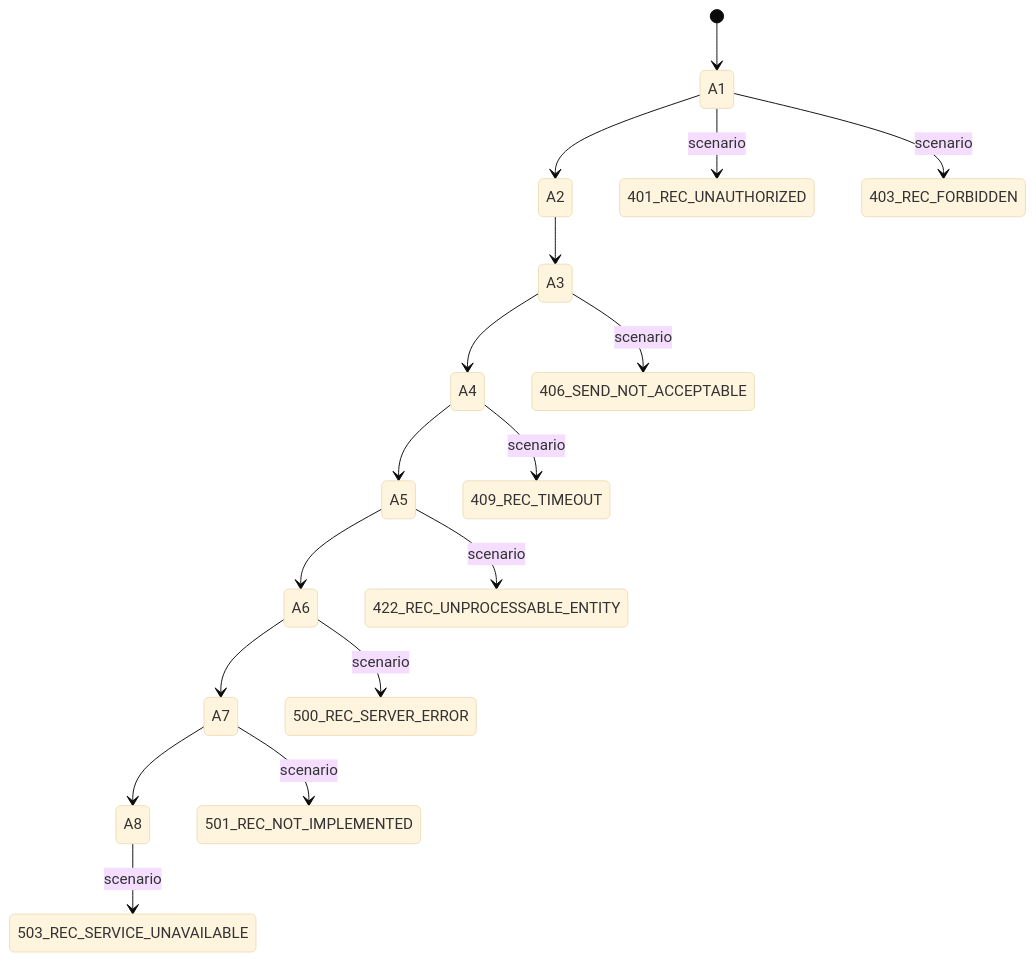
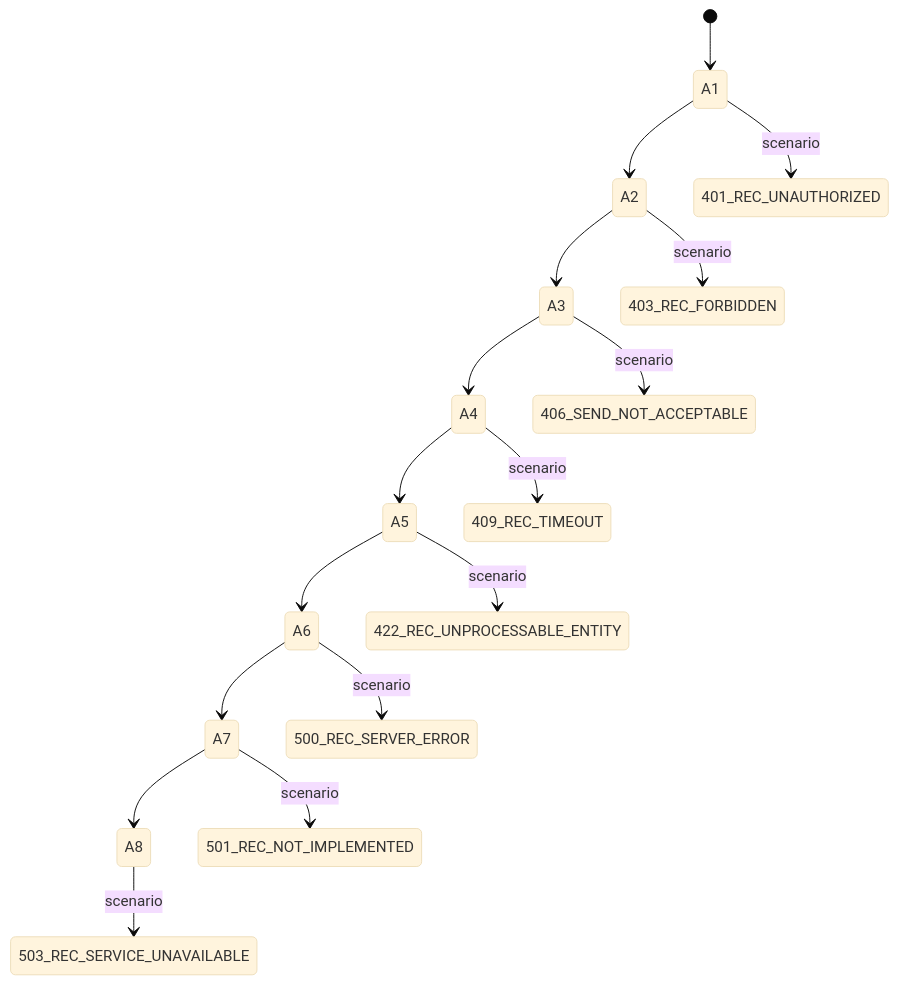
The second of 10 diagrams in specification/error-processing-flow.md (NHSDigital/booking-and-referral-fhir-api), drawn with Mermaid (base theme) before and after one commit.

Commit message:
AMB-1297 fix formatting

````diff
--- a/specification/error-processing-flow.md
+++ b/specification/error-processing-flow.md
@@ -34,21 +34,21 @@
 ```mermaid
 stateDiagram-v2
     [*] --> A1
     A1 --> A2
     A2 --> A3
     A3 --> A4
     A4 --> A5
     A5 --> A6
     A6 --> A7
     A7 --> A8
 
 
     A1 --> 401_REC_UNAUTHORIZED: scenario
-    A1 --> 403_REC_FORBIDDEN: scenario
+    A2 --> 403_REC_FORBIDDEN: scenario
     A3 --> 406_SEND_NOT_ACCEPTABLE: scenario
     A4 --> 409_REC_TIMEOUT: scenario
     A5 --> 422_REC_UNPROCESSABLE_ENTITY: scenario
     A6 --> 500_REC_SERVER_ERROR: scenario
     A7 --> 501_REC_NOT_IMPLEMENTED : scenario
     A8 --> 503_REC_SERVICE_UNAVAILABLE: scenario
 ```
````
